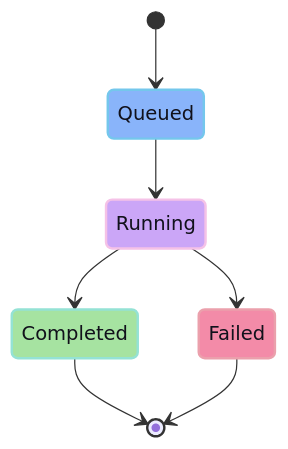
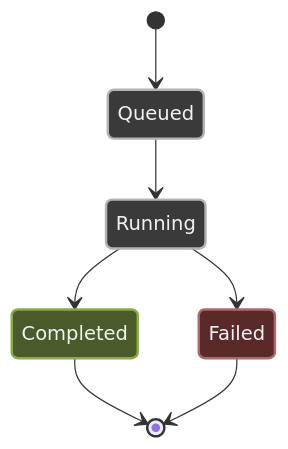
The diagram in src/content/docs/api/agent.md (cloudboy-jh/glib-code-docs), drawn with Mermaid before and after one commit. The commit also changed 15 other files, not shown here.

````diff
--- a/src/content/docs/api/agent.md
+++ b/src/content/docs/api/agent.md
@@ -16,19 +16,19 @@
 ```mermaid
 stateDiagram-v2
   [*] --> Queued
   Queued --> Running
   Running --> Completed
   Running --> Failed
   Completed --> [*]
   Failed --> [*]
 
-  classDef queue fill:#89b4fa,stroke:#74c7ec,color:#11111b,stroke-width:2px
-  classDef run fill:#cba6f7,stroke:#f5c2e7,color:#11111b,stroke-width:2px
-  classDef done fill:#a6e3a1,stroke:#94e2d5,color:#11111b,stroke-width:2px
-  classDef fail fill:#f38ba8,stroke:#eba0ac,color:#11111b,stroke-width:2px
+  classDef queue fill:#3a3a3a,stroke:#b3b3b3,color:#f2f2f2,stroke-width:2px
+  classDef run fill:#3a3a3a,stroke:#b3b3b3,color:#f2f2f2,stroke-width:2px
+  classDef done fill:#4a5a2a,stroke:#8aaa4a,color:#f2f2f2,stroke-width:2px
+  classDef fail fill:#5a2a2a,stroke:#aa6a6a,color:#f2f2f2,stroke-width:2px
 
   class Queued queue
   class Running run
   class Completed done
   class Failed fail
 ```
````
